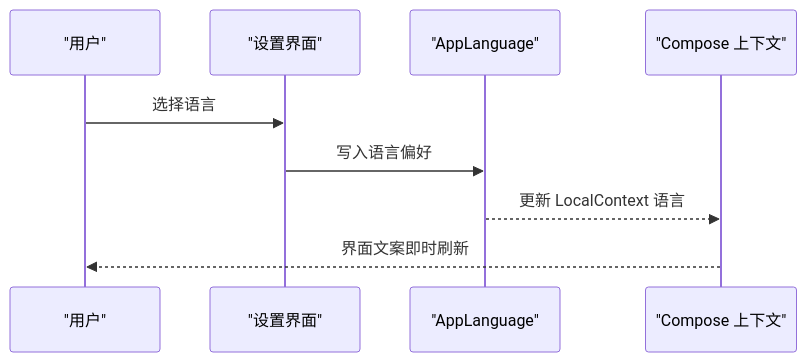
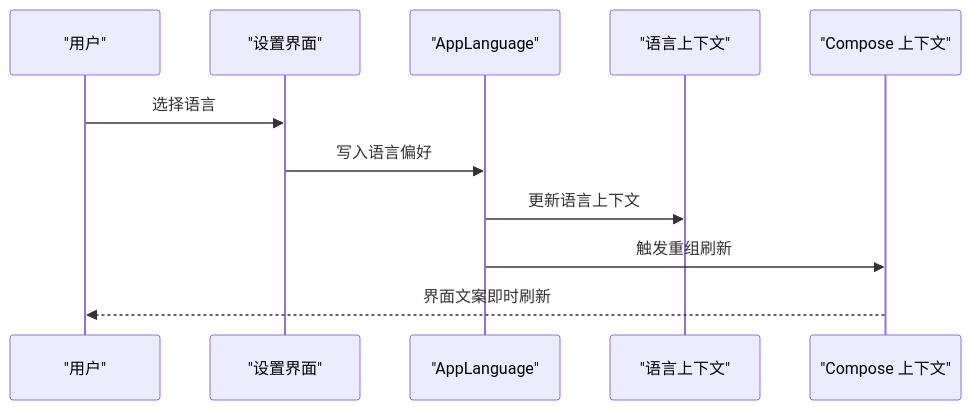
One commit to ysyhlly/Yukine-android changed the seventh of 8 diagrams in .qoder/repowiki/zh/content/核心模块/设计系统模块 (core_designsystem).md. Above: the diagram before and after it, drawn with Mermaid. The commit also changed other lines of this file and 158 other files, not shown here.

````diff
--- a/.qoder/repowiki/zh/content/核心模块/设计系统模块 (core_designsystem).md
+++ b/.qoder/repowiki/zh/content/核心模块/设计系统模块 (core_designsystem).md
@@ -231,11 +251,13 @@
 ```mermaid
 sequenceDiagram
 participant User as "用户"
 participant Settings as "设置界面"
 participant Lang as "AppLanguage"
+participant Context as "语言上下文"
 participant Compose as "Compose 上下文"
 User->>Settings : 选择语言
 Settings->>Lang : 写入语言偏好
-Lang-->>Compose : 更新 LocalContext 语言
+Lang->>Context : 更新语言上下文
+Lang->>Compose : 触发重组刷新
 Compose-->>User : 界面文案即时刷新
 ```
````
